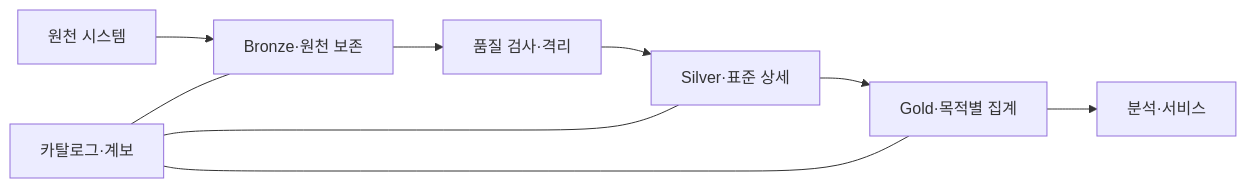
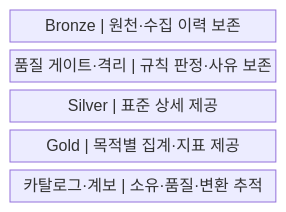
One commit to agnusdei1207/knowledge-base changed the first of 2 diagrams in src/content/docs/notes/03-software/130_medallion_architecture.md. Above: the diagram before and after it, drawn with Mermaid. The commit also changed other lines of this file and 20 other files, not shown here.

````diff
--- a/src/content/docs/notes/03-software/130_medallion_architecture.md
+++ b/src/content/docs/notes/03-software/130_medallion_architecture.md
@@ -61,11 +57,9 @@
 ```mermaid
-flowchart LR
-    S[원천 시스템] --> B[Bronze·원천 보존]
-    B --> Q[품질 검사·격리]
-    Q --> V[Silver·표준 상세]
-    V --> G[Gold·목적별 집계]
-    G --> C[분석·서비스]
-    O[카탈로그·계보] --- B
-    O --- V
-    O --- G
+block
+    columns 1
+    A["Bronze | 원천·수집 이력 보존"]
+    B["품질 게이트·격리 | 규칙 판정·사유 보존"]
+    C["Silver | 표준 상세 제공"]
+    D["Gold | 목적별 집계·지표 제공"]
+    E["카탈로그·계보 | 소유·품질·변환 추적"]
 ```
````
